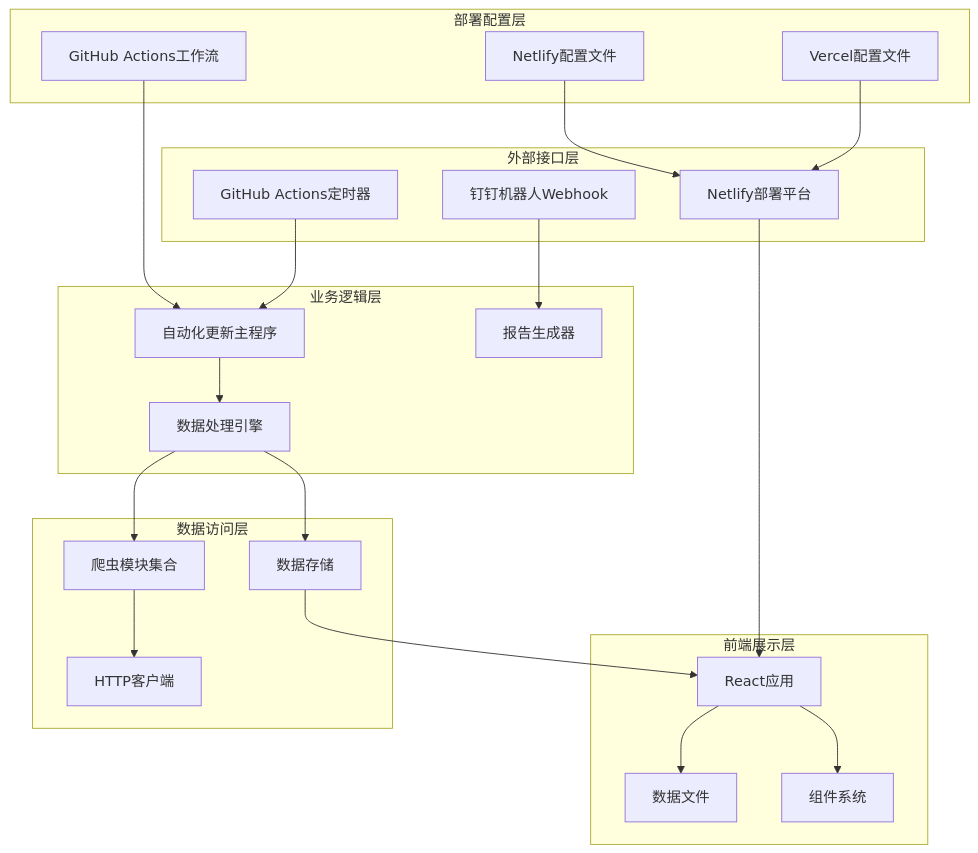
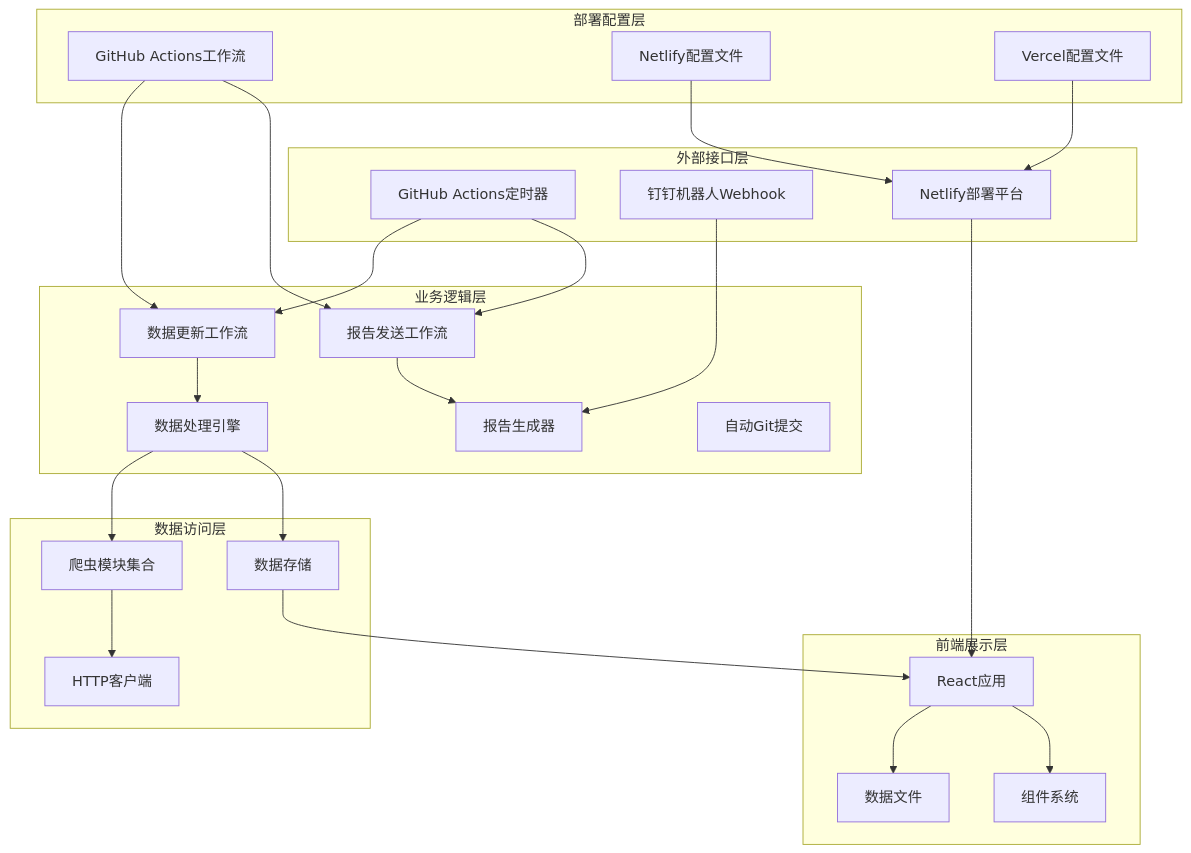
The fourth of 12 diagrams in .qoder/repowiki/zh/content/部署与维护/自动化每日报告系统.md (liangxuanliang-cmd/carbon-info-agent), drawn with Mermaid before and after one commit. The commit also changed other lines of this file and 7 other files, not shown here.

````diff
--- a/.qoder/repowiki/zh/content/部署与维护/自动化每日报告系统.md
+++ b/.qoder/repowiki/zh/content/部署与维护/自动化每日报告系统.md
@@ -216,41 +198,46 @@
 ```mermaid
 graph TB
 subgraph "外部接口层"
 A[GitHub Actions定时器]
 B[钉钉机器人Webhook]
 C[Netlify部署平台]
 end
 subgraph "业务逻辑层"
-D[自动化更新主程序]
-E[数据处理引擎]
-F[报告生成器]
+D[数据更新工作流]
+E[报告发送工作流]
+F[数据处理引擎]
+G[报告生成器]
+H[自动Git提交]
 end
 subgraph "数据访问层"
-G[爬虫模块集合]
-H[HTTP客户端]
-I[数据存储]
+I[爬虫模块集合]
+J[HTTP客户端]
+K[数据存储]
 end
 subgraph "前端展示层"
-J[React应用]
-K[数据文件]
-L[组件系统]
+L[React应用]
+M[数据文件]
+N[组件系统]
 end
 subgraph "部署配置层"
-M[GitHub Actions工作流]
-N[Netlify配置文件]
-O[Vercel配置文件]
+O[GitHub Actions工作流]
+P[Netlify配置文件]
+Q[Vercel配置文件]
 end
 A --> D
-B --> F
-C --> J
-D --> E
+A --> E
+B --> G
+C --> L
+D --> F
 E --> G
-G --> H
-E --> I
+F --> I
 I --> J
-J --> K
-J --> L
-M --> D
-N --> C
-O --> C
+F --> K
+K --> L
+L --> M
+L --> N
+O --> D
+O --> E
+P --> C
+Q --> C
 ```
````
